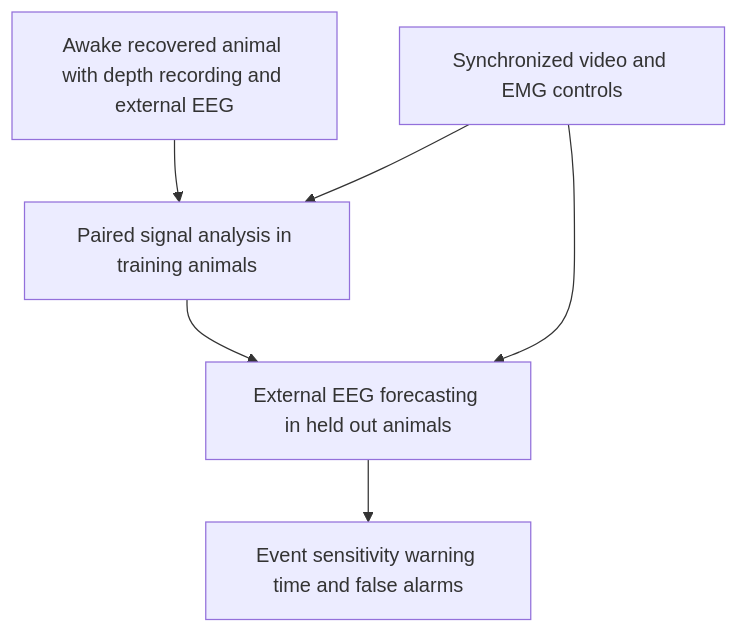
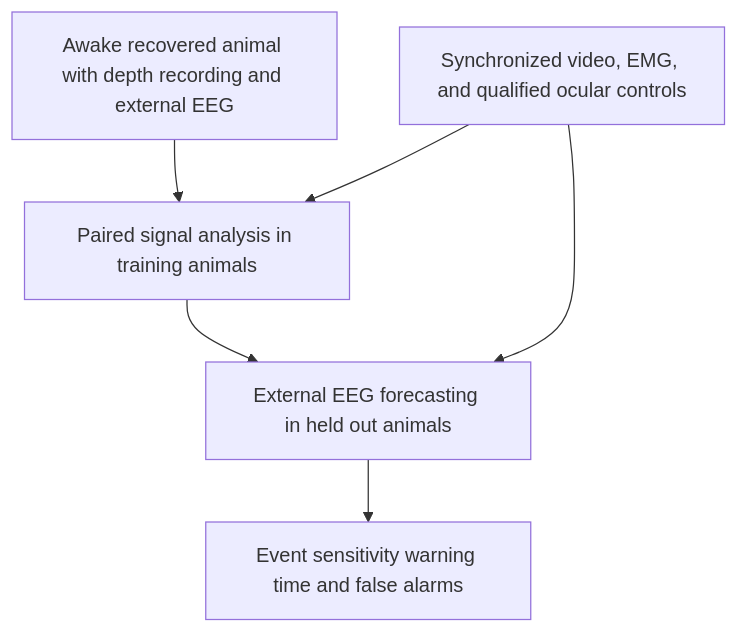
One commit to netanelcyber/psi-qeeg-bis changed the diagram in docs/research/PRE_ATTACK_EEG_VALIDATION_2026.md. Above: the diagram before and after it, drawn with Mermaid. The commit also changed other lines of this file, not shown here.

Commit message:
docs: specify ocular artifact controls and causal forecasting safeguards

````diff
--- a/docs/research/PRE_ATTACK_EEG_VALIDATION_2026.md
+++ b/docs/research/PRE_ATTACK_EEG_VALIDATION_2026.md
@@ -76,8 +76,8 @@
 ```mermaid
 flowchart TD
 A["Awake recovered animal with depth recording and external EEG"] --> B["Paired signal analysis in training animals"]
 B --> C["External EEG forecasting in held out animals"]
 C --> D["Event sensitivity warning time and false alarms"]
-E["Synchronized video and EMG controls"] --> B
+E["Synchronized video, EMG, and qualified ocular controls"] --> B
 E --> C
 ```
````
